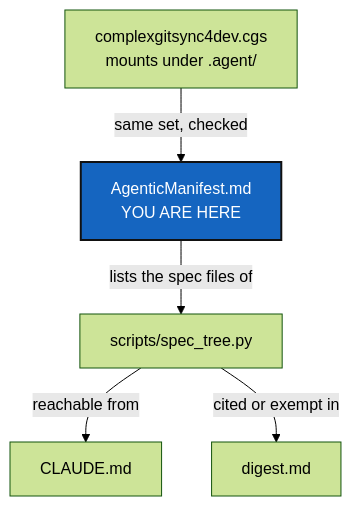
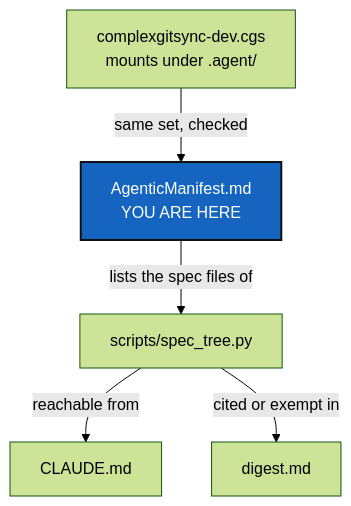
Before and after one commit to flipoyo/.localSpec: the diagram in AgenticManifest.md, drawn with Mermaid (forest theme). The commit also changed other lines of this file and 2 other files, not shown here.

Commit message:
cgitsync-8.6.1 Generate the complexgitsync-opx, -dev, -usr and -pub example specs, replacing complexgitsync4dev, and repoint every citation. CI now initialises from examples/complexgitsync-dev.cgs; the project name stays ComplexGitSync on main.

````diff
--- a/AgenticManifest.md
+++ b/AgenticManifest.md
@@ -31,10 +31,10 @@
 ```mermaid
 graph TD
-    CGS["complexgitsync4dev.cgs<br/>mounts under .agent/"] -->|same set, checked| M["AgenticManifest.md<br/>YOU ARE HERE"]
+    CGS["complexgitsync-dev.cgs<br/>mounts under .agent/"] -->|same set, checked| M["AgenticManifest.md<br/>YOU ARE HERE"]
     M -->|lists the spec files of| SPEC["scripts/spec_tree.py"]
     SPEC -->|reachable from| ROOT["CLAUDE.md"]
     SPEC -->|cited or exempt in| DIG["digest.md"]
 
     classDef here fill:#1565C0,color:#fff,stroke:#111,stroke-width:2px;
     class M here;
 ```
````
